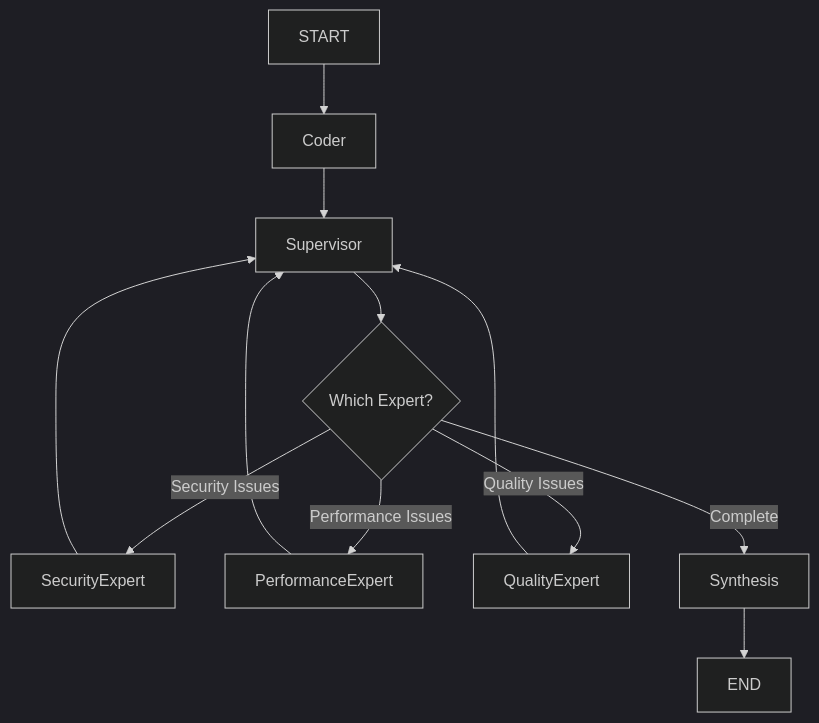
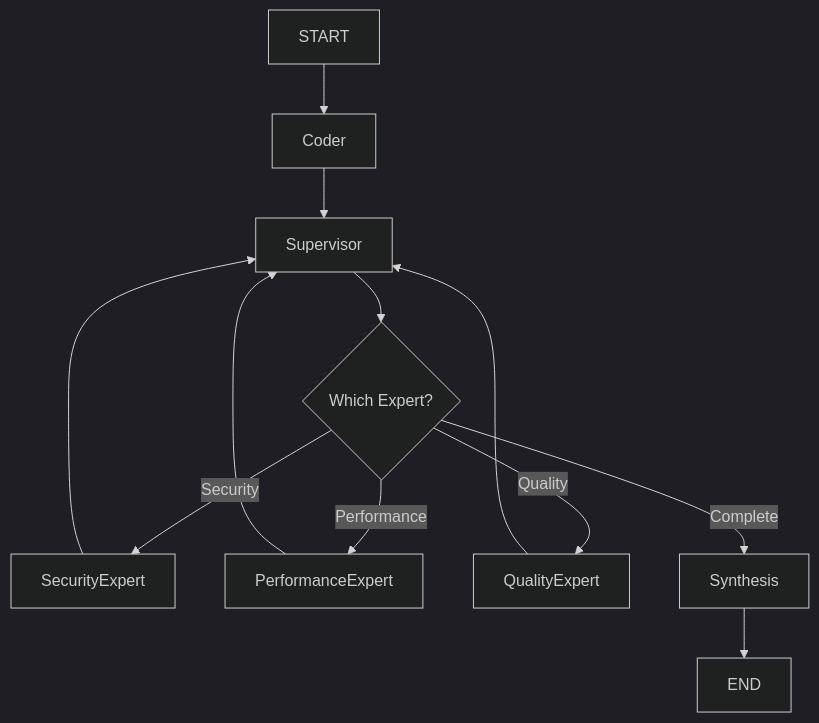
One commit to rulala/fac-ws_ai_multi-agent changed the fourth of 6 diagrams in PATTERNS.md. Above: the diagram before and after it, drawn with Mermaid (dark theme).

````diff
--- a/PATTERNS.md
+++ b/PATTERNS.md
@@ -72,14 +72,17 @@
 ```mermaid
 graph TD
    START --> Coder
    Coder --> Supervisor
    Supervisor --> Decision{Which Expert?}
-   Decision -->|Security Issues| SecurityExpert
-   Decision -->|Performance Issues| PerformanceExpert
-   Decision -->|Quality Issues| QualityExpert
+
+   Decision -->|Security| SE[SecurityExpert]
+   Decision -->|Performance| PE[PerformanceExpert]
+   Decision -->|Quality| QE[QualityExpert]
    Decision -->|Complete| Synthesis
-   SecurityExpert --> Supervisor
-   PerformanceExpert --> Supervisor
-   QualityExpert --> Supervisor
+
+   SE --> Supervisor
+   PE --> Supervisor
+   QE --> Supervisor
+
    Synthesis --> END
 ```
````
